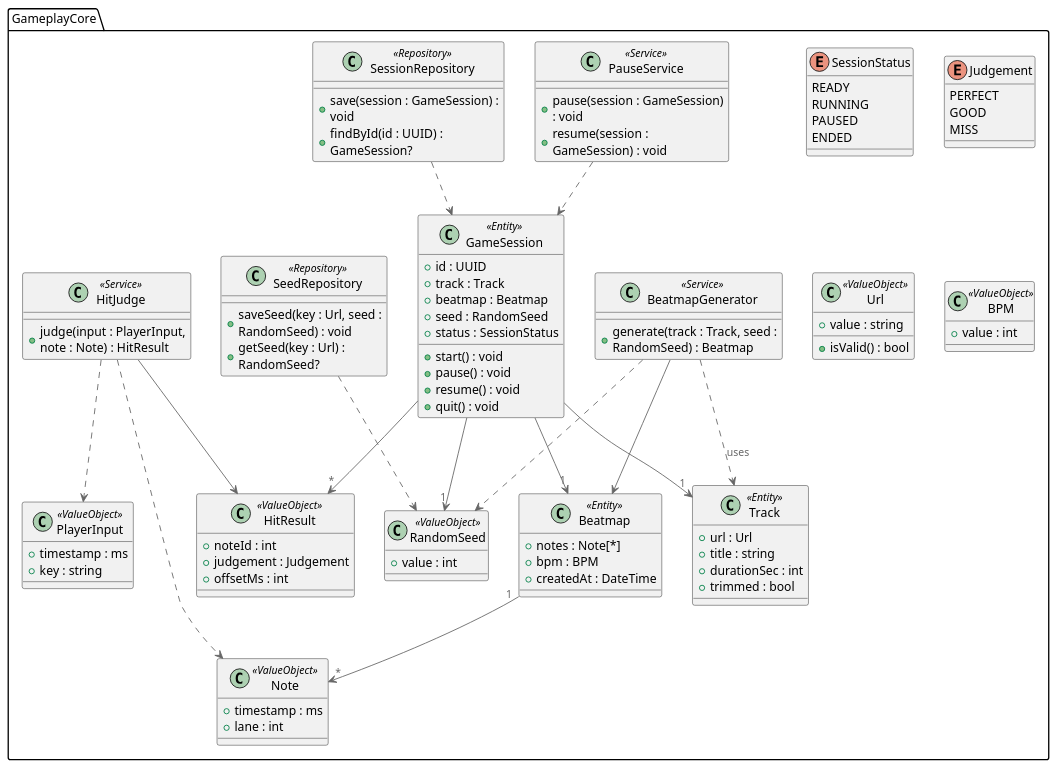
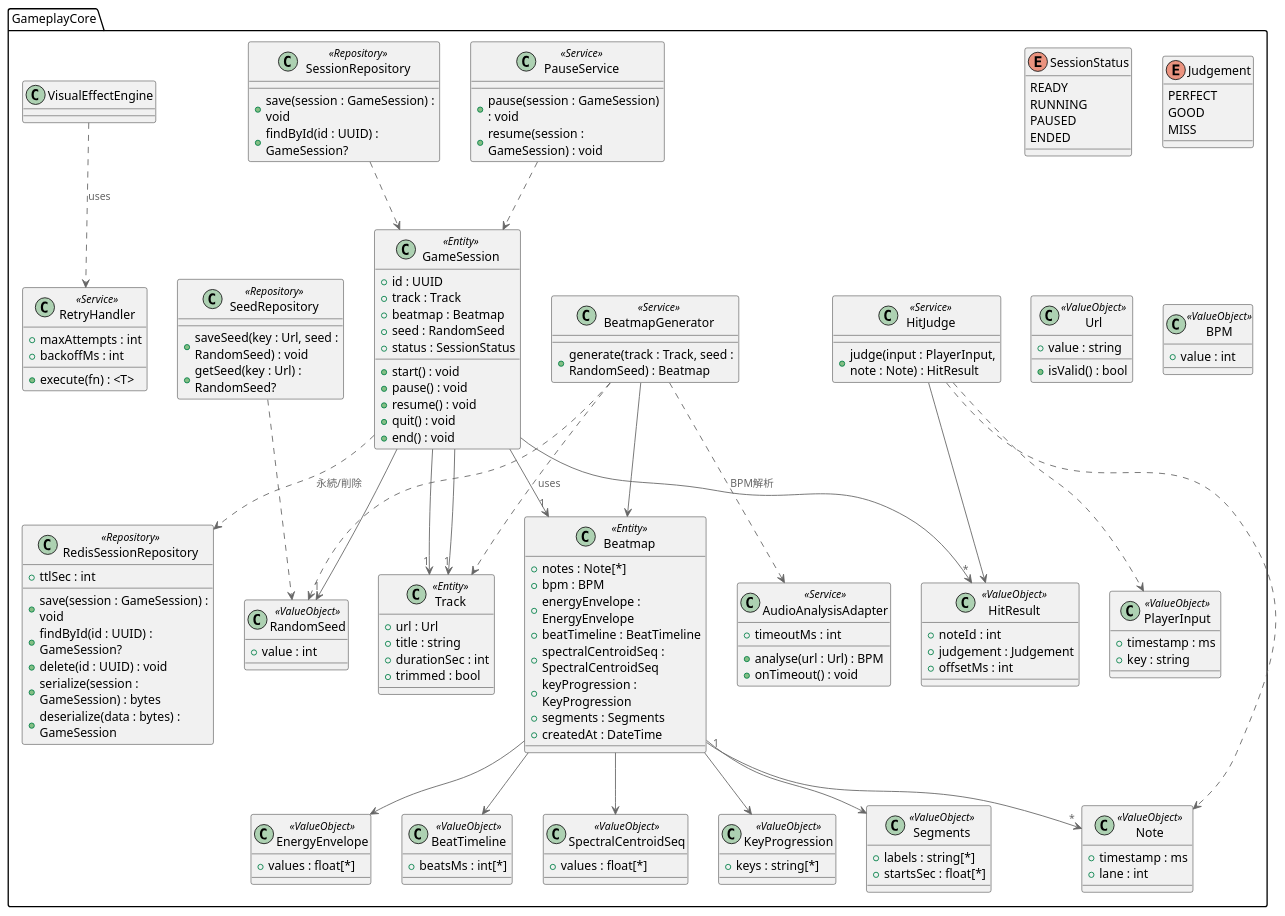
The diagram in docs/03_design/diagrams/class/core_domain.puml (u-keiya/play_as_you_like), drawn with PlantUML before and after one commit. The commit also changed 20 other files, not shown here.

```diff
--- a/docs/03_design/diagrams/class/core_domain.puml
+++ b/docs/03_design/diagrams/class/core_domain.puml
@@ -38,6 +38,11 @@
   class Beatmap <<Entity>>  {
     +notes : Note[*]
     +bpm : BPM
+    +energyEnvelope : EnergyEnvelope
+    +beatTimeline : BeatTimeline
+    +spectralCentroidSeq : SpectralCentroidSeq
+    +keyProgression : KeyProgression
+    +segments : Segments
     +createdAt : DateTime
   }
 
@@ -100,6 +105,28 @@
     +isValid() : bool
   }
 
+  ' ----- Analysis Result Value Objects -----
+  class EnergyEnvelope <<ValueObject>> {
+    +values : float[*]
+  }
+
+  class BeatTimeline <<ValueObject>> {
+    +beatsMs : int[*]
+  }
+
+  class SpectralCentroidSeq <<ValueObject>> {
+    +values : float[*]
+  }
+
+  class KeyProgression <<ValueObject>> {
+    +keys : string[*]
+  }
+
+  class Segments <<ValueObject>> {
+    +labels : string[*]
+    +startsSec : float[*]
+  }
+
   class BPM <<ValueObject>>  {
     +value : int
   }
@@ -111,11 +138,43 @@
 
   ' ====== Relationships ==============================================
   GameSession --> "1" Track
+
+  ' ====== Infrastructure/Adapter Layer (#US-001, #US-002) =============
+  class AudioAnalysisAdapter <<Service>> {
+    +analyse(url : Url) : BPM
+    +timeoutMs : int
+    +onTimeout() : void
+    ' Audio MS へのgRPC呼び出し。失敗時はWASM fallbackを返す
+  }
+
+  class RedisSessionRepository <<Repository>> {
+    +save(session : GameSession) : void
+    +findById(id : UUID) : GameSession?
+    +delete(id : UUID) : void
+    +ttlSec : int
+    +serialize(session : GameSession) : bytes
+    +deserialize(data : bytes) : GameSession
+    ' TTL=900秒, MessagePackシリアライズ
+  }
+
+  ' ====== Session End/QUIT (#US-001, #US-004) =========================
+  GameSession : +end() : void
+  ' セッション終了・スコア確定・一時データ削除
+
+  ' ====== Relationships ==============================================
+  GameSession --> "1" Track
+  GameSession ..> RedisSessionRepository : 永続/削除
+  BeatmapGenerator ..> AudioAnalysisAdapter : BPM解析
   GameSession --> "1" Beatmap
   GameSession --> "*" HitResult
   GameSession --> "1" RandomSeed
 
   Beatmap "1" --> "*" Note
+  Beatmap --> EnergyEnvelope
+  Beatmap --> BeatTimeline
+  Beatmap --> SpectralCentroidSeq
+  Beatmap --> KeyProgression
+  Beatmap --> Segments
 
   BeatmapGenerator ..> Track : uses
   BeatmapGenerator ..> RandomSeed
@@ -130,6 +189,15 @@
   SessionRepository ..> GameSession
   SeedRepository ..> RandomSeed
 
+  ' ====== Retry Handler (#NF-01) ==========================================
+  class RetryHandler <<Service>> {
+    +maxAttempts : int
+    +backoffMs : int
+    +execute(fn) : <T>
+  }
+  VisualEffectEngine ..> RetryHandler : uses
+  ' 汎用リトライ・フェイルオーバー制御 (#NF-01)
+
 }
 
 @enduml
```
